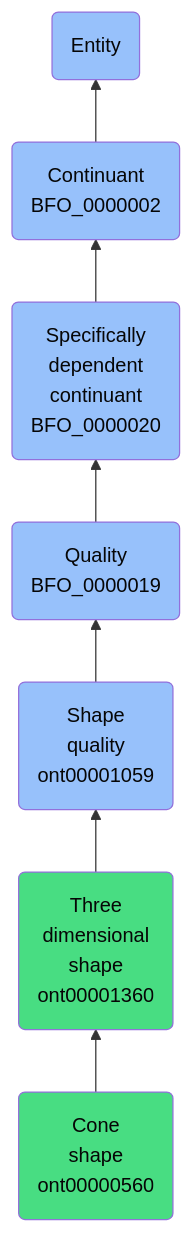
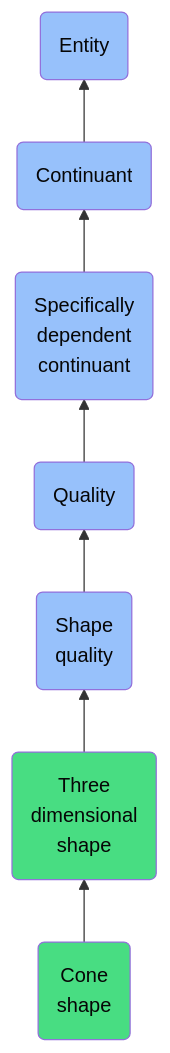
One commit to jupyter-naas/abi changed the diagram in docs/ontology/reference/model/Entity/Continuant/Specifically dependent continuant/Quality/Shape quality/Three dimensional shape/Cone shape/Cone shape.md. Above: the diagram before and after it, drawn with Mermaid. The commit also changed other lines of this file and 1430 other files, not shown here.

````diff
--- a/docs/ontology/reference/model/Entity/Continuant/Specifically dependent continuant/Quality/Shape quality/Three dimensional shape/Cone shape/Cone shape.md
+++ b/docs/ontology/reference/model/Entity/Continuant/Specifically dependent continuant/Quality/Shape quality/Three dimensional shape/Cone shape/Cone shape.md
@@ -24,14 +24,14 @@
 ```mermaid
 graph BT
-    ont00000560(Cone<br>shape<br>ont00000560):::ABI-->ont00001360
-    ont00001360(Three<br>dimensional<br>shape<br>ont00001360):::ABI-->ont00001059
-    ont00001059(Shape<br>quality<br>ont00001059):::BFO-->BFO_0000019
-    BFO_0000019(Quality<br>BFO_0000019):::BFO-->BFO_0000020
-    BFO_0000020(Specifically<br>dependent<br>continuant<br>BFO_0000020):::BFO-->BFO_0000002
-    BFO_0000002(Continuant<br>BFO_0000002):::BFO-->BFO_0000001
+    ont00000560(Cone<br>shape):::ABI-->ont00001360
+    ont00001360(Three<br>dimensional<br>shape):::ABI-->ont00001059
+    ont00001059(Shape<br>quality):::BFO-->BFO_0000019
+    BFO_0000019(Quality):::BFO-->BFO_0000020
+    BFO_0000020(Specifically<br>dependent<br>continuant):::BFO-->BFO_0000002
+    BFO_0000002(Continuant):::BFO-->BFO_0000001
     BFO_0000001(Entity):::BFO
     
     classDef BFO fill:#97c1fb,color:#060606
     classDef CCO fill:#e4c51e,color:#060606
     classDef ABI fill:#48DD82,color:#060606
 ```
````
